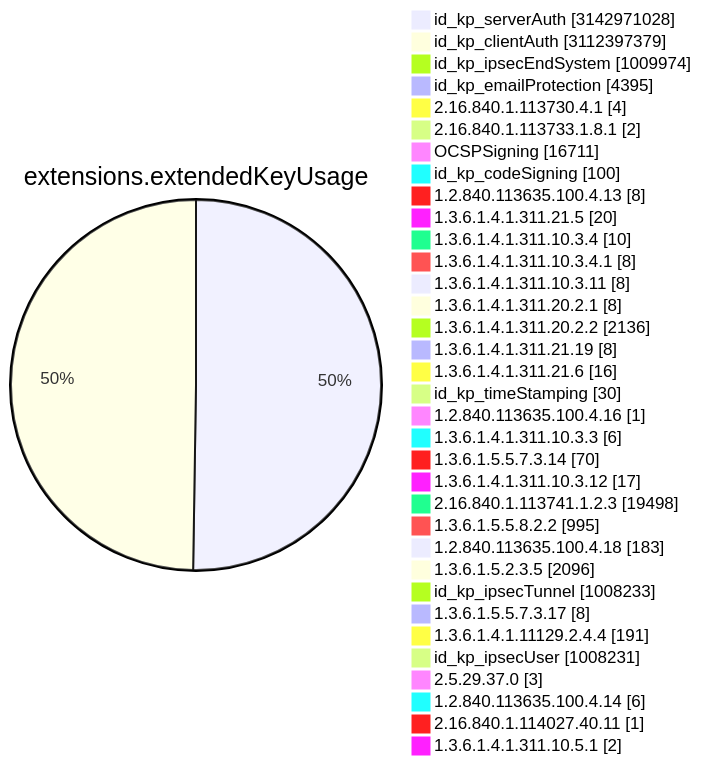
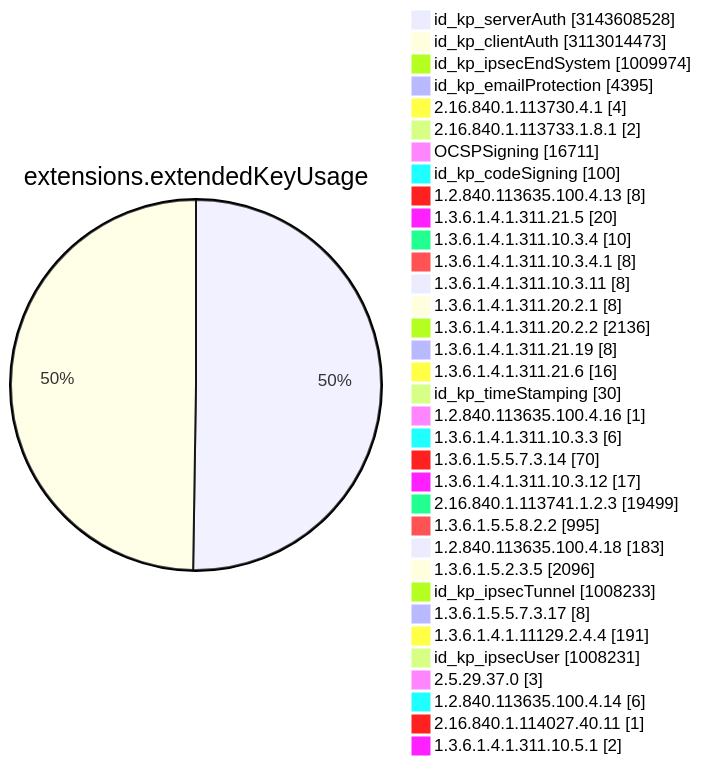
Diagram 11 of 15 in TOTAL/README.md (christiankrug/ctmonitor_visualization), drawn with Mermaid before and after one commit. The commit also changed other lines of this file, not shown here.

````diff
--- a/TOTAL/README.md
+++ b/TOTAL/README.md
@@ -4119,38 +4119,38 @@
 ```mermaid
 pie showData
 title extensions.extendedKeyUsage
-"id_kp_serverAuth" :3142971028
-"id_kp_clientAuth" :3112397379
+"id_kp_serverAuth" :3143608528
+"id_kp_clientAuth" :3113014473
 "id_kp_ipsecEndSystem" :1009974
 "id_kp_emailProtection" :4395
 "2.16.840.1.113730.4.1" :4
 "2.16.840.1.113733.1.8.1" :2
 "OCSPSigning" :16711
 "id_kp_codeSigning" :100
 "1.2.840.113635.100.4.13" :8
 "1.3.6.1.4.1.311.21.5" :20
 "1.3.6.1.4.1.311.10.3.4" :10
 "1.3.6.1.4.1.311.10.3.4.1" :8
 "1.3.6.1.4.1.311.10.3.11" :8
 "1.3.6.1.4.1.311.20.2.1" :8
 "1.3.6.1.4.1.311.20.2.2" :2136
 "1.3.6.1.4.1.311.21.19" :8
 "1.3.6.1.4.1.311.21.6" :16
 "id_kp_timeStamping" :30
 "1.2.840.113635.100.4.16" :1
 "1.3.6.1.4.1.311.10.3.3" :6
 "1.3.6.1.5.5.7.3.14" :70
 "1.3.6.1.4.1.311.10.3.12" :17
-"2.16.840.1.113741.1.2.3" :19498
+"2.16.840.1.113741.1.2.3" :19499
 "1.3.6.1.5.5.8.2.2" :995
 "1.2.840.113635.100.4.18" :183
 "1.3.6.1.5.2.3.5" :2096
 "id_kp_ipsecTunnel" :1008233
 "1.3.6.1.5.5.7.3.17" :8
 "1.3.6.1.4.1.11129.2.4.4" :191
 "id_kp_ipsecUser" :1008231
 "2.5.29.37.0" :3
 "1.2.840.113635.100.4.14" :6
 "2.16.840.1.114027.40.11" :1
 "1.3.6.1.4.1.311.10.5.1" :2
 ```
````
